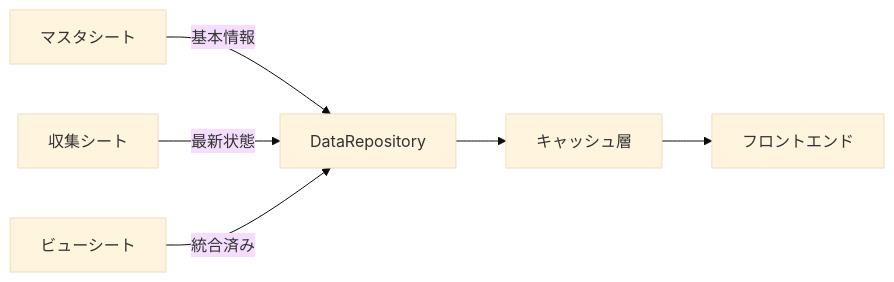
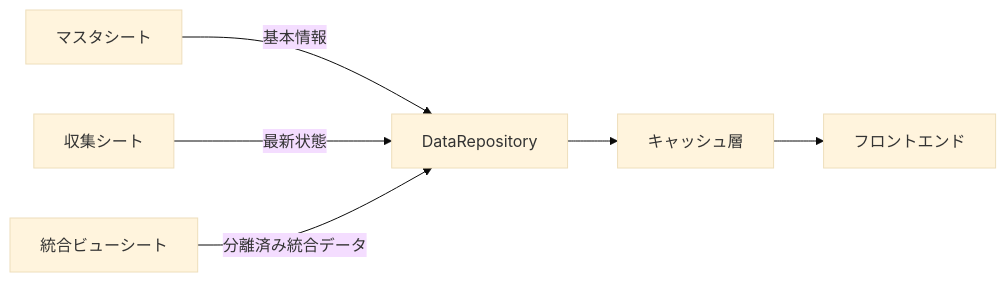
Before and after one commit to h-sotokawa/delta: the third of 3 diagrams in .doc/03_design/01_data_design.md, drawn with Mermaid (base theme). The commit also changed other lines of this file and 2 other files, not shown here.

````diff
--- a/.doc/03_design/01_data_design.md
+++ b/.doc/03_design/01_data_design.md
@@ -813,8 +837,8 @@
 ```mermaid
 graph LR
     A[マスタシート] -->|基本情報| D[DataRepository]
     B[収集シート] -->|最新状態| D
-    C[ビューシート] -->|統合済み| D
+    C[統合ビューシート] -->|分離済み統合データ| D
     D --> E[キャッシュ層]
     E --> F[フロントエンド]
 ```
````
